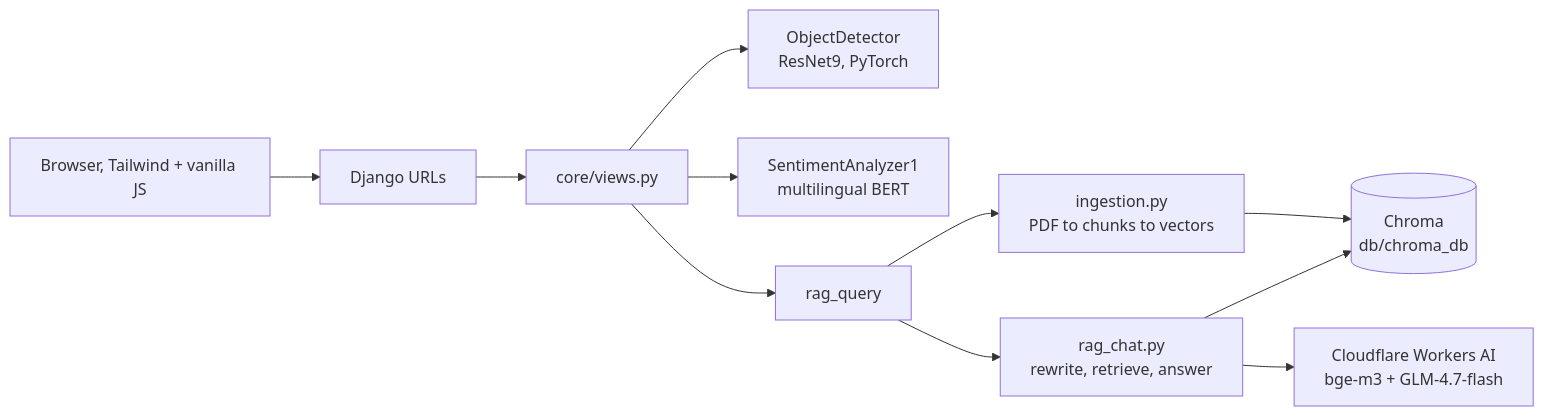
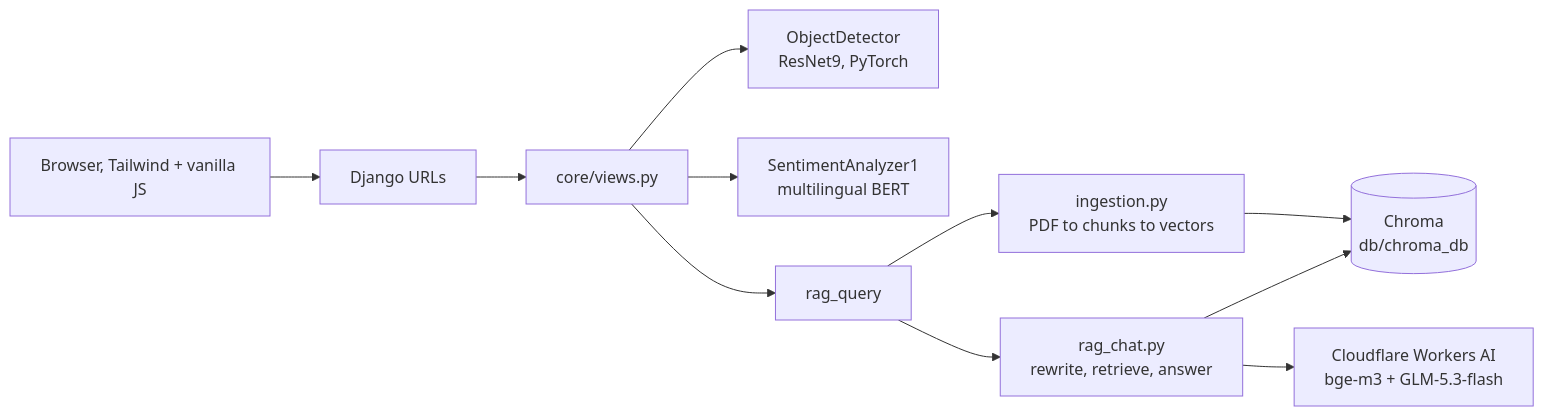
Before and after one commit to hakimLyon/E-VIE-chatbot: the diagram in README.md, drawn with Mermaid. The commit also changed other lines of this file and 3 other files, not shown here.

````diff
--- a/README.md
+++ b/README.md
@@ -20,13 +20,13 @@
 ```mermaid
 flowchart LR
     B[Browser, Tailwind + vanilla JS] --> U[Django URLs]
     U --> V[core/views.py]
     V --> D[ObjectDetector<br/>ResNet9, PyTorch]
     V --> S[SentimentAnalyzer1<br/>multilingual BERT]
     V --> R[rag_query]
     R --> I[ingestion.py<br/>PDF to chunks to vectors]
     R --> Q[rag_chat.py<br/>rewrite, retrieve, answer]
     I --> C[(Chroma<br/>db/chroma_db)]
     Q --> C
-    Q --> O[Cloudflare Workers AI<br/>bge-m3 + GLM-4.7-flash]
+    Q --> O[Cloudflare Workers AI<br/>bge-m3 + GLM-5.3-flash]
 ```
````
